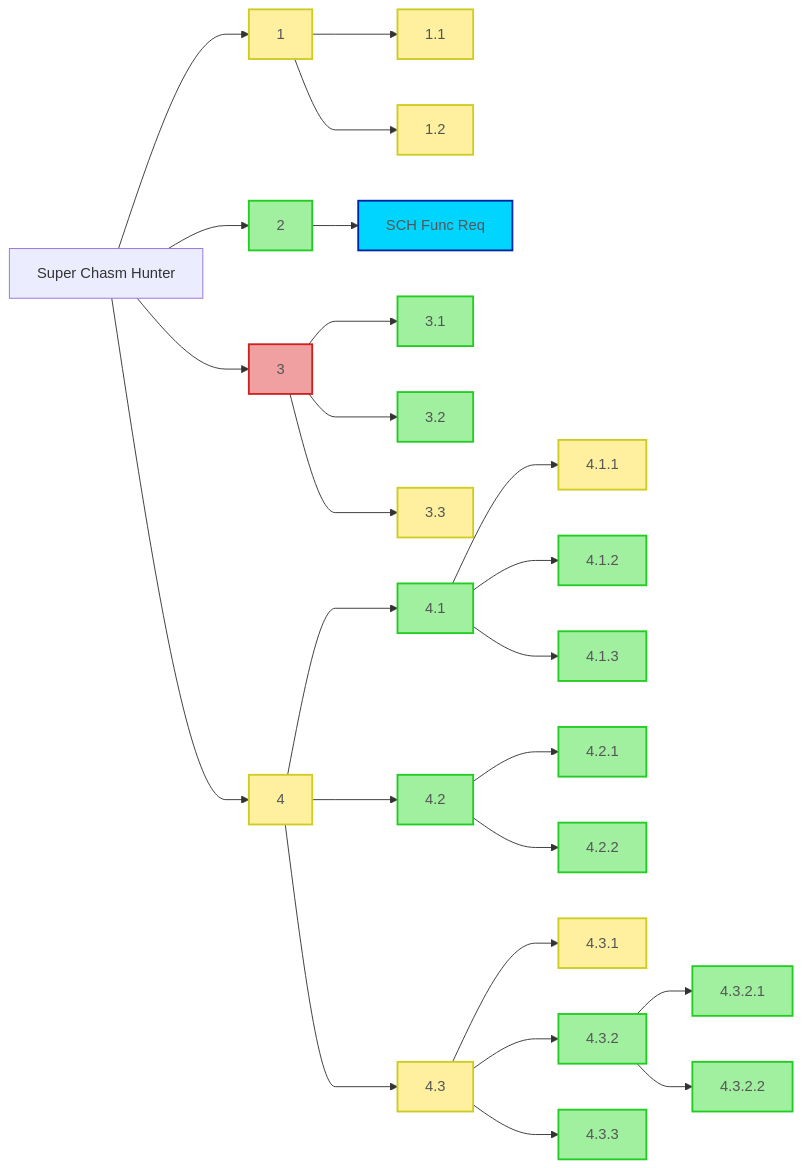
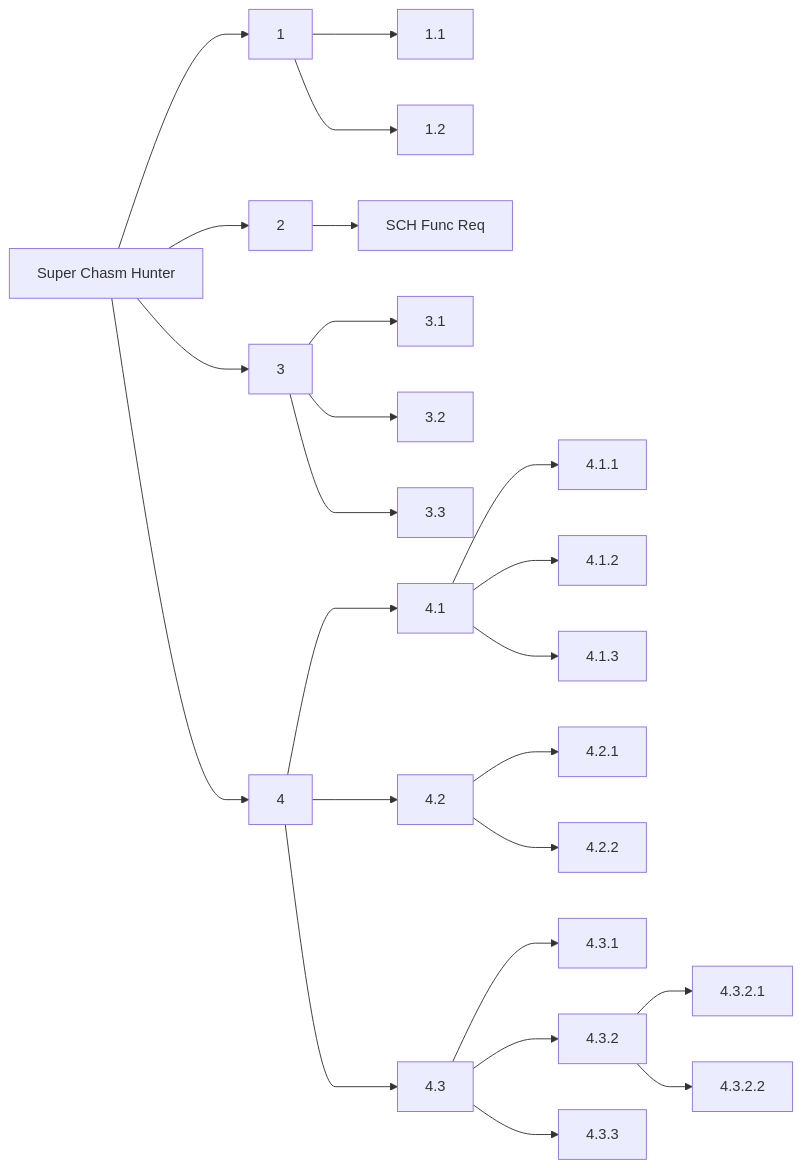
Before and after one commit to FilippoGurioli/super-chasm-hunter-pm: the diagram in docs/Allegati/RBSs/Main.md, drawn with Mermaid.

Commit message:
chore: test mermaid

````diff
--- a/docs/Allegati/RBSs/Main.md
+++ b/docs/Allegati/RBSs/Main.md
@@ -5,66 +5,66 @@
 ```mermaid
 %%{init: { 'flowchart': {"curve": "monotoneX"}} }%%
 graph LR
     0[Super Chasm Hunter]
     1
     1.1
     1.2
 
     2
     2.1[SCH Func Req]
     
     3
     3.1
     3.2
     3.3
     
     4
     4.1
     4.1.1
     4.1.2
     4.1.3
     4.2
     4.2.1
     4.2.2
     4.3
     4.3.1
     4.3.2
     4.3.2.1
     4.3.2.2
     4.3.3
 
     0 --> 1
     0 --> 2
     0 --> 3
     0 --> 4
     1 --> 1.1
     1 --> 1.2
     2 --> 2.1
     3 --> 3.1
     3 --> 3.2
     3 --> 3.3
     4 --> 4.1
     4 --> 4.2
     4 --> 4.3
     4.1 --> 4.1.1
     4.1 --> 4.1.2
     4.1 --> 4.1.3
     4.2 --> 4.2.1
     4.2 --> 4.2.2
     4.3 --> 4.3.1
     4.3 --> 4.3.2
     4.3.2 --> 4.3.2.1
     4.3.2 --> 4.3.2.2
     4.3 --> 4.3.3
 
-    classDef verde fill:#a0f0a0,stroke:#2c2,stroke-width:2px,color:#555;
-    classDef giallo fill:#fff0a0,stroke:#cc2,stroke-width:2px,color:#555;
-    classDef rosso fill:#f0a0a0,stroke:#c22,stroke-width:2px,color:#555;
-    classDef blu fill:#00d5ff,stroke:#0023a3,stroke-width:2px,color:#555;
+    %% classDef verde fill:#a0f0a0,stroke:#2c2,stroke-width:2px,color:#555;
+    %% classDef giallo fill:#fff0a0,stroke:#cc2,stroke-width:2px,color:#555;
+    %% classDef rosso fill:#f0a0a0,stroke:#c22,stroke-width:2px,color:#555;
+    %% classDef blu fill:#00d5ff,stroke:#0023a3,stroke-width:2px,color:#555;
 
-    class 2,3.1,3.2,4.1,4.1.2,4.1.3,4.2,4.2.1,4.2.2 verde;
-    class 4.3.2,4.3.2.1,4.3.2.2,4.3.3 verde;
-    class 1,4,1.1,1.2,3.3,4.1.1,4.3,4.3.1, giallo;
-    class 2.1 blu;
-    class 3 rosso;
+    %% class 2,3.1,3.2,4.1,4.1.2,4.1.3,4.2,4.2.1,4.2.2 verde;
+    %% class 4.3.2,4.3.2.1,4.3.2.2,4.3.3 verde;
+    %% class 1,4,1.1,1.2,3.3,4.1.1,4.3,4.3.1, giallo;
+    %% class 2.1 blu;
+    %% class 3 rosso;
 ```
````
